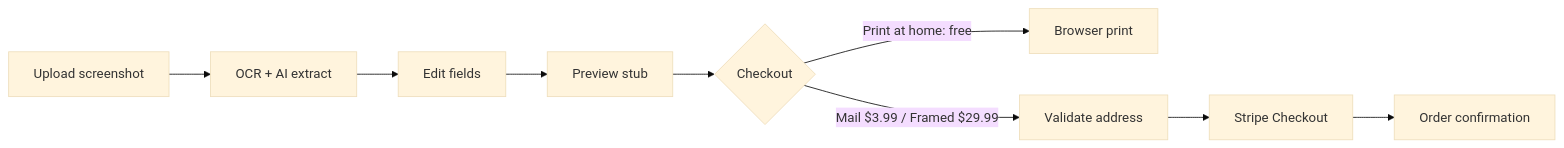
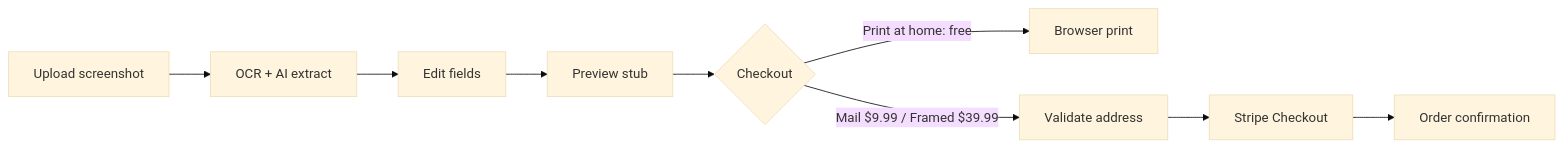
Before and after one commit to nicki-ghobadi/real-ticket-stubs: the diagram in README.md, drawn with Mermaid (base theme). The commit also changed other lines of this file and 6 other files, not shown here.

````diff
--- a/README.md
+++ b/README.md
@@ -79,11 +79,11 @@
 ```mermaid
 flowchart LR
   A[Upload screenshot] --> B[OCR + AI extract]
   B --> C[Edit fields]
   C --> D[Preview stub]
   D --> E{Checkout}
   E -->|Print at home: free| F[Browser print]
-  E -->|Mail $3.99 / Framed $29.99| G[Validate address]
+  E -->|Mail $9.99 / Framed $39.99| G[Validate address]
   G --> H[Stripe Checkout]
   H --> I[Order confirmation]
 ```
````
